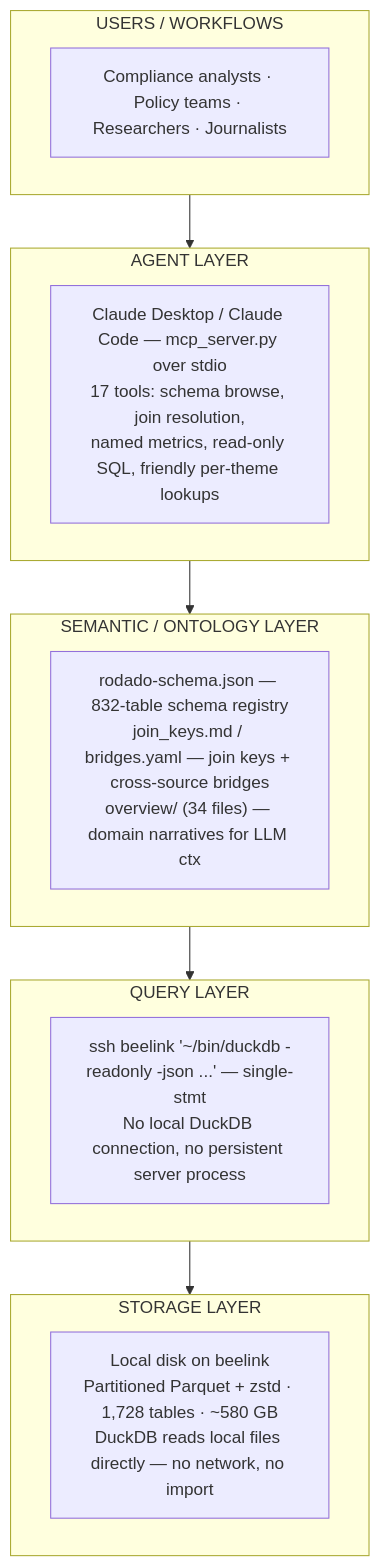
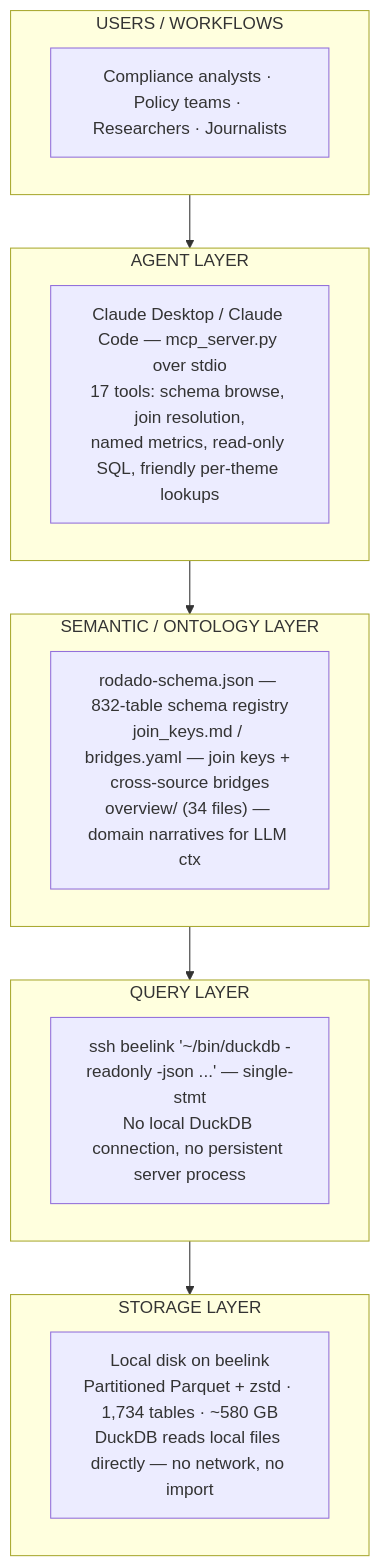
The second of 3 diagrams in docs/tecnico/TECHNICAL.md (rafapolo/rodado), drawn with Mermaid before and after one commit. The commit also changed other lines of this file and 114 other files, not shown here.

````diff
--- a/docs/tecnico/TECHNICAL.md
+++ b/docs/tecnico/TECHNICAL.md
@@ -178,20 +178,20 @@
 ```mermaid
 flowchart TD
     subgraph USERS["USERS / WORKFLOWS"]
         U["Compliance analysts · Policy teams · Researchers · Journalists"]
     end
     subgraph AGENT["AGENT LAYER"]
         A["Claude Desktop / Claude Code — mcp_server.py over stdio<br/>17 tools: schema browse, join resolution,<br/>named metrics, read-only SQL, friendly per-theme lookups"]
     end
     subgraph SEMANTIC["SEMANTIC / ONTOLOGY LAYER"]
         S["rodado-schema.json — 832-table schema registry<br/>join_keys.md / bridges.yaml — join keys + cross-source bridges<br/>overview/ (34 files) — domain narratives for LLM ctx"]
     end
     subgraph QUERY["QUERY LAYER"]
         Q["ssh beelink '~/bin/duckdb -readonly -json ...' — single-stmt<br/>No local DuckDB connection, no persistent server process"]
     end
     subgraph STORAGE["STORAGE LAYER"]
-        ST["Local disk on beelink<br/>Partitioned Parquet + zstd · 1,728 tables · ~580 GB<br/>DuckDB reads local files directly — no network, no import"]
+        ST["Local disk on beelink<br/>Partitioned Parquet + zstd · 1,734 tables · ~580 GB<br/>DuckDB reads local files directly — no network, no import"]
     end
 
     USERS --> AGENT --> SEMANTIC --> QUERY --> STORAGE
 ```
````
